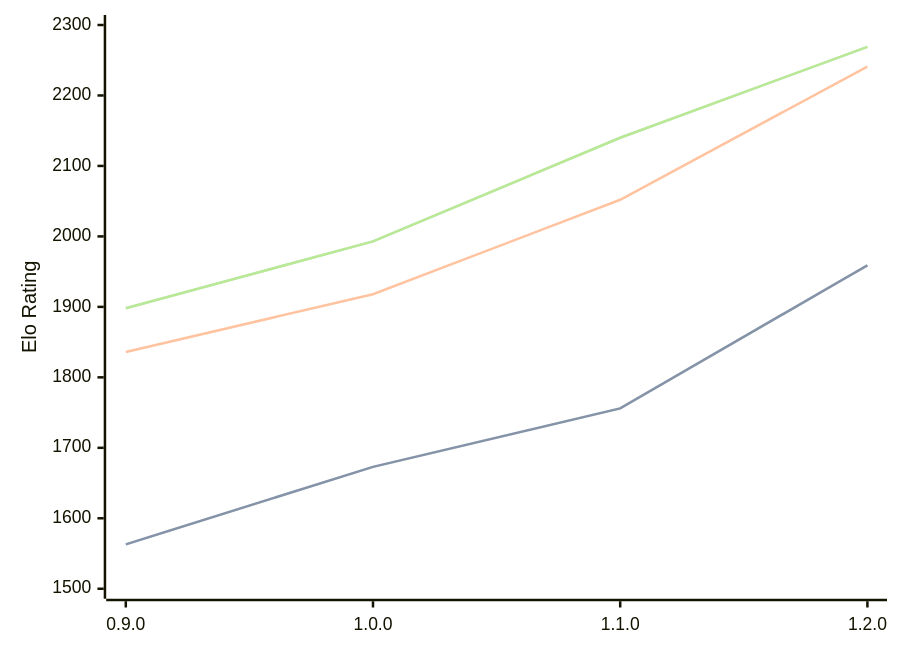
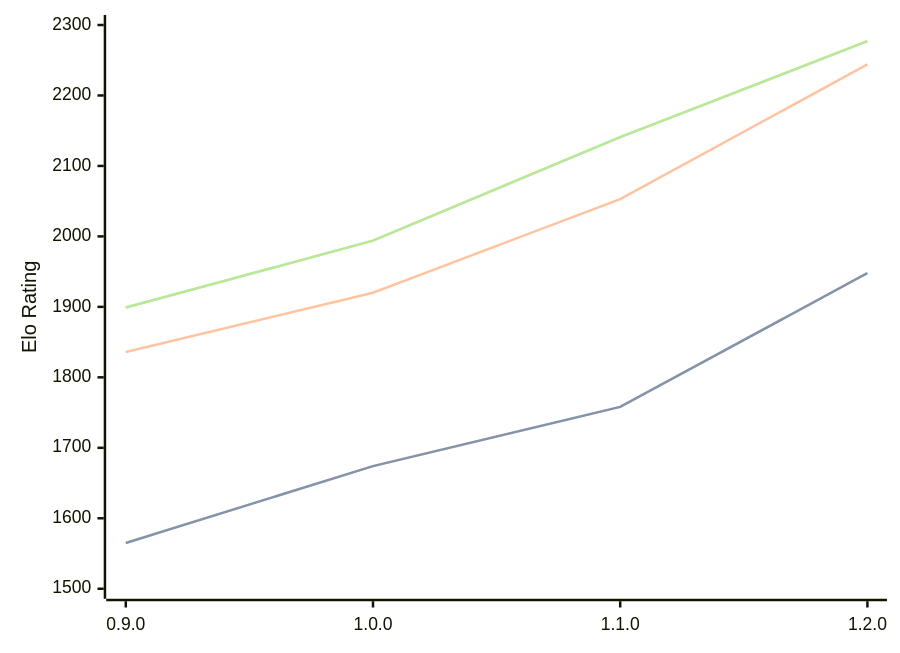
One commit to computer-chess-index/cci changed the diagram in engines/Ratsu.md. Above: the diagram before and after it, drawn with Mermaid. The commit also changed other lines of this file, not shown here.

Commit message:
Update CCI Ratings (ELO VLTC) - 2026-05-17

````diff
--- a/engines/Ratsu.md
+++ b/engines/Ratsu.md
@@ -34,11 +34,11 @@
 ```mermaid
 %%{init: {"theme":"base","themeVariables":{"seriesColors:['#a3a3a3','#222221','#faa371']}}}%%
 xychart-beta
   x-axis ["0.9.0", "1.0.0", "1.1.0", "1.2.0"]
   y-axis "Elo Rating" 1500 --> 2300
-  line "STC (8.0+0.08s)" [1563, 1673, 1756, 1959]
-  line "STC (8.0+0.08s)" [1563, 1673, 1756, 1959]
-  line "LTC (60.0+0.60s)" [1836, 1918, 2052, 2241]
-  line "VLTC (2m24s+1.12s)" [1898, 1993, 2140, 2269]
-  line "VLTC (2m24s+1.12s)" [1898, 1993, 2140, 2269]
+  line "STC (8.0+0.08s)" [1565, 1674, 1758, 1948]
+  line "STC (8.0+0.08s)" [1565, 1674, 1758, 1948]
+  line "LTC (60.0+0.60s)" [1836, 1920, 2053, 2244]
+  line "VLTC (2m24s+1.12s)" [1899, 1994, 2141, 2277]
+  line "VLTC (2m24s+1.12s)" [1899, 1994, 2141, 2277]
 ```
````
